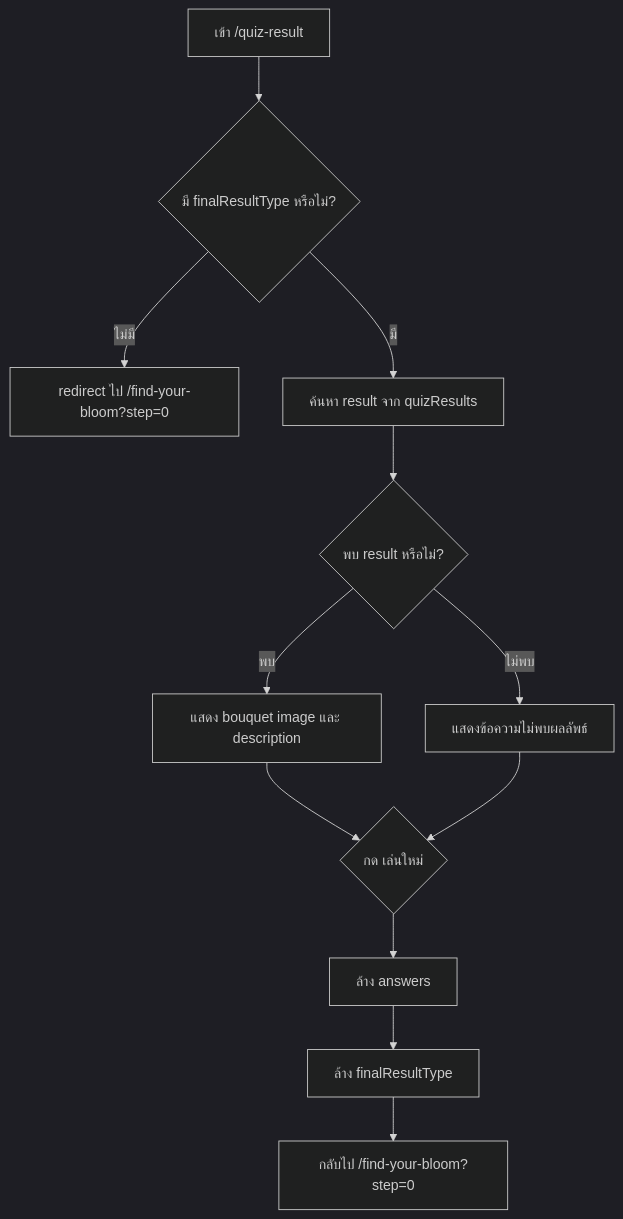
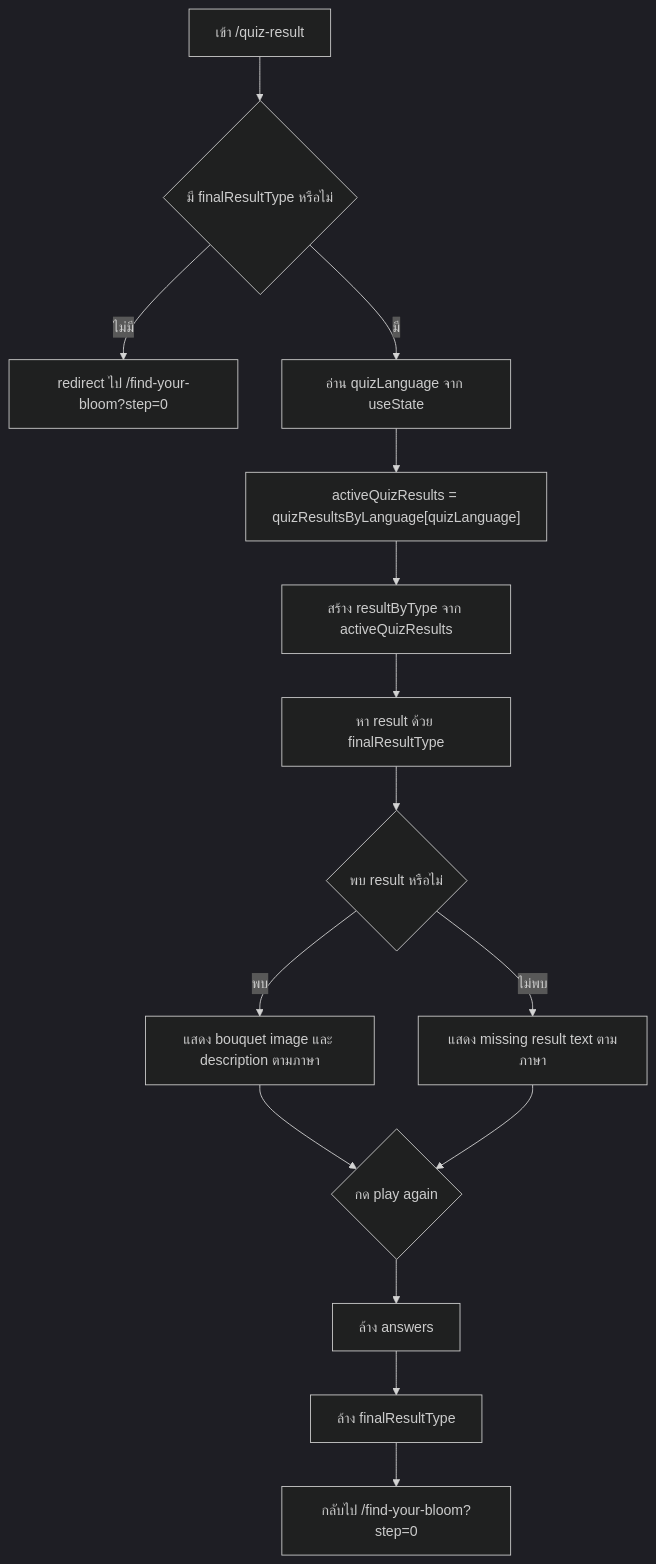
Diagram 11 of 15 in docs/flowcharts.md (pawataven/the-sis-web), drawn with Mermaid (dark theme) before and after one commit. The commit also changed other lines of this file and 10 other files, not shown here.

````diff
--- a/docs/flowcharts.md
+++ b/docs/flowcharts.md
@@ -165,16 +298,19 @@
 ```mermaid
 flowchart TD
-  A[เข้า /quiz-result] --> B{มี finalResultType หรือไม่?}
-  B -- ไม่มี --> C[redirect ไป /find-your-bloom?step=0]
-  B -- มี --> D[ค้นหา result จาก quizResults]
+  A["เข้า /quiz-result"] --> B{"มี finalResultType หรือไม่"}
+  B -- "ไม่มี" --> C["redirect ไป /find-your-bloom?step=0"]
+  B -- "มี" --> D["อ่าน quizLanguage จาก useState"]
+  D --> E["activeQuizResults = quizResultsByLanguage[quizLanguage]"]
+  E --> F["สร้าง resultByType จาก activeQuizResults"]
+  F --> G["หา result ด้วย finalResultType"]
 
-  D --> E{พบ result หรือไม่?}
-  E -- พบ --> F[แสดง bouquet image และ description]
-  E -- ไม่พบ --> G[แสดงข้อความไม่พบผลลัพธ์]
+  G --> H{"พบ result หรือไม่"}
+  H -- "พบ" --> I["แสดง bouquet image และ description ตามภาษา"]
+  H -- "ไม่พบ" --> J["แสดง missing result text ตามภาษา"]
 
-  F --> H{กด เล่นใหม่}
-  G --> H
-  H --> I[ล้าง answers]
-  I --> J[ล้าง finalResultType]
-  J --> K[กลับไป /find-your-bloom?step=0]
+  I --> K{"กด play again"}
+  J --> K
+  K --> L["ล้าง answers"]
+  L --> M["ล้าง finalResultType"]
+  M --> N["กลับไป /find-your-bloom?step=0"]
 ```
````
